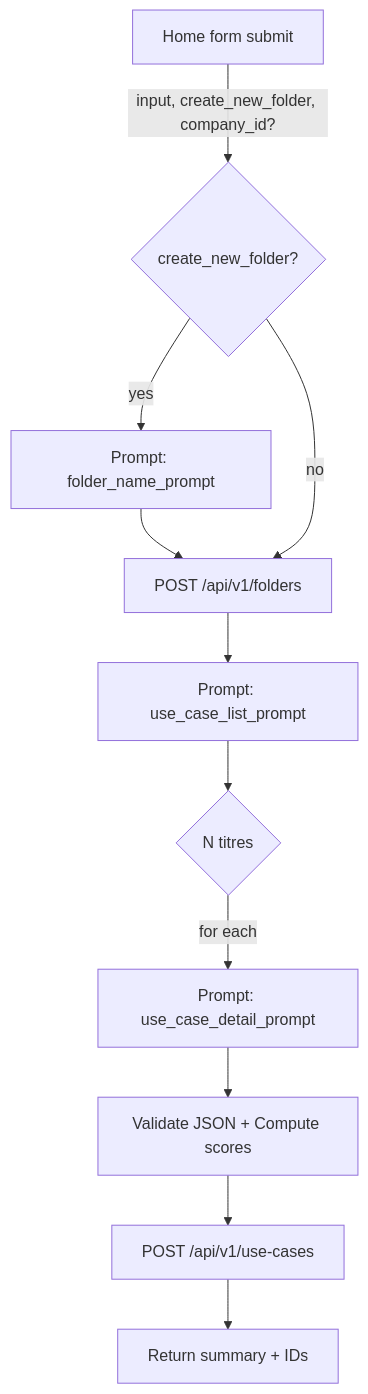
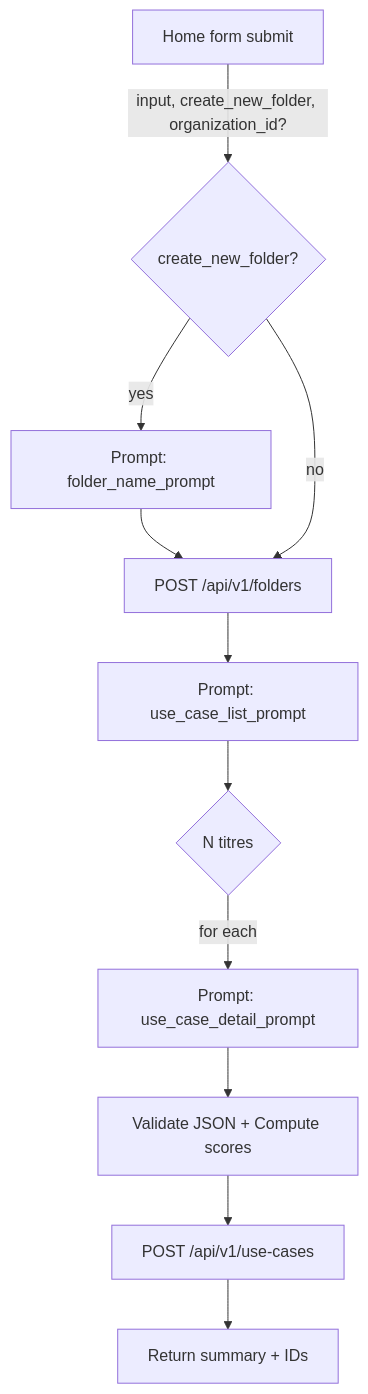
The diagram in spec/SPEC.md (rhanka/sentropic), drawn with Mermaid before and after one commit. The commit also changed other lines of this file and 7 other files, not shown here.

Commit message:
docs(spec): replace company/entreprise with organization/organisation (Lot 4)

````diff
--- a/spec/SPEC.md
+++ b/spec/SPEC.md
@@ -463,13 +463,13 @@
 ```mermaid
 flowchart TD
-  A[Home form submit] -->|input, create_new_folder, company_id?| B{create_new_folder?}
+  A[Home form submit] -->|input, create_new_folder, organization_id?| B{create_new_folder?}
   B -- yes --> C[Prompt: folder_name_prompt]
   C --> D[POST /api/v1/folders]
   B -- no --> D
   D --> E[Prompt: use_case_list_prompt]
   E --> F{N titres}
   F -->|for each| G[Prompt: use_case_detail_prompt]
   G --> H[Validate JSON + Compute scores]
   H --> I[POST /api/v1/use-cases]
   I --> J[Return summary + IDs]
 ```
````
